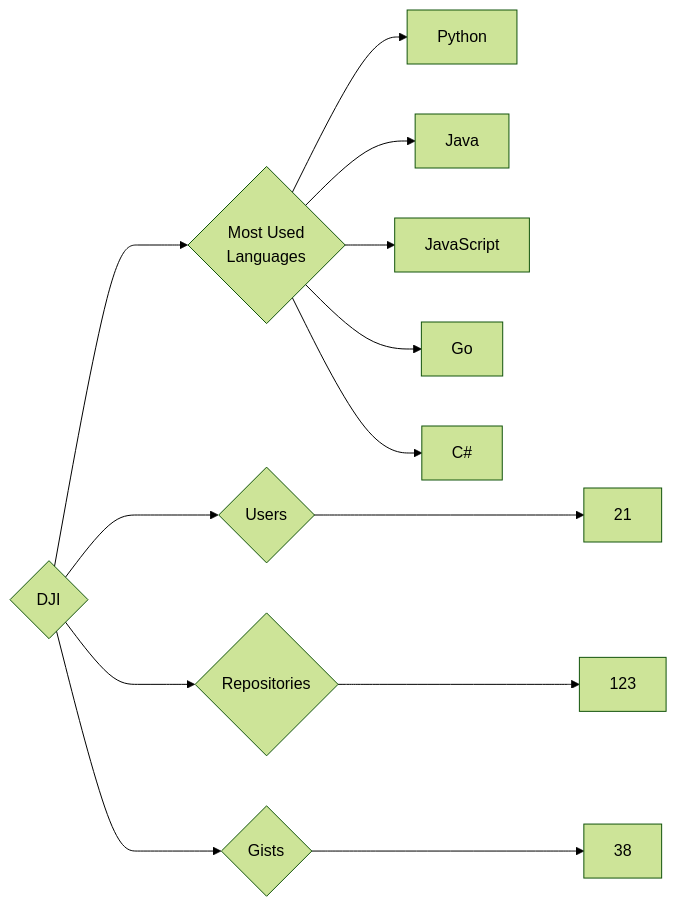
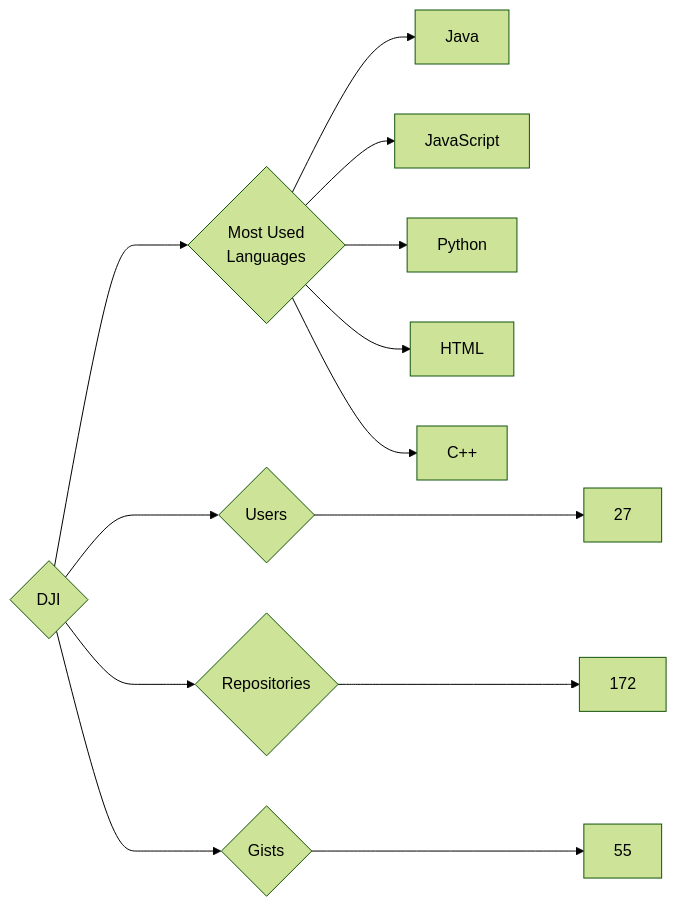
Before and after one commit to trickest/insiders: the diagram in targets/DJI/README.md, drawn with Mermaid (forest theme). The commit also changed 773 other files, not shown here.

````diff
--- a/targets/DJI/README.md
+++ b/targets/DJI/README.md
@@ -3,13 +3,13 @@
 ```mermaid
 graph LR
 COMPANY_NAME{DJI}
-COMPANY_NAME ---> U{Users} ---> UN[21]
-COMPANY_NAME ---> R{Repositories} ---> RN[123]
-COMPANY_NAME ---> G{Gists} ---> GN[38]
+COMPANY_NAME ---> U{Users} ---> UN[27]
+COMPANY_NAME ---> R{Repositories} ---> RN[172]
+COMPANY_NAME ---> G{Gists} ---> GN[55]
 COMPANY_NAME ---> ML{Most Used<br>Languages}
-ML --> Python[Python]
 ML --> Java[Java]
 ML --> JavaScript[JavaScript]
-ML --> Go[Go]
-ML --> C#[C#]
+ML --> Python[Python]
+ML --> HTML[HTML]
+ML --> C++[C++]
 ```
````
